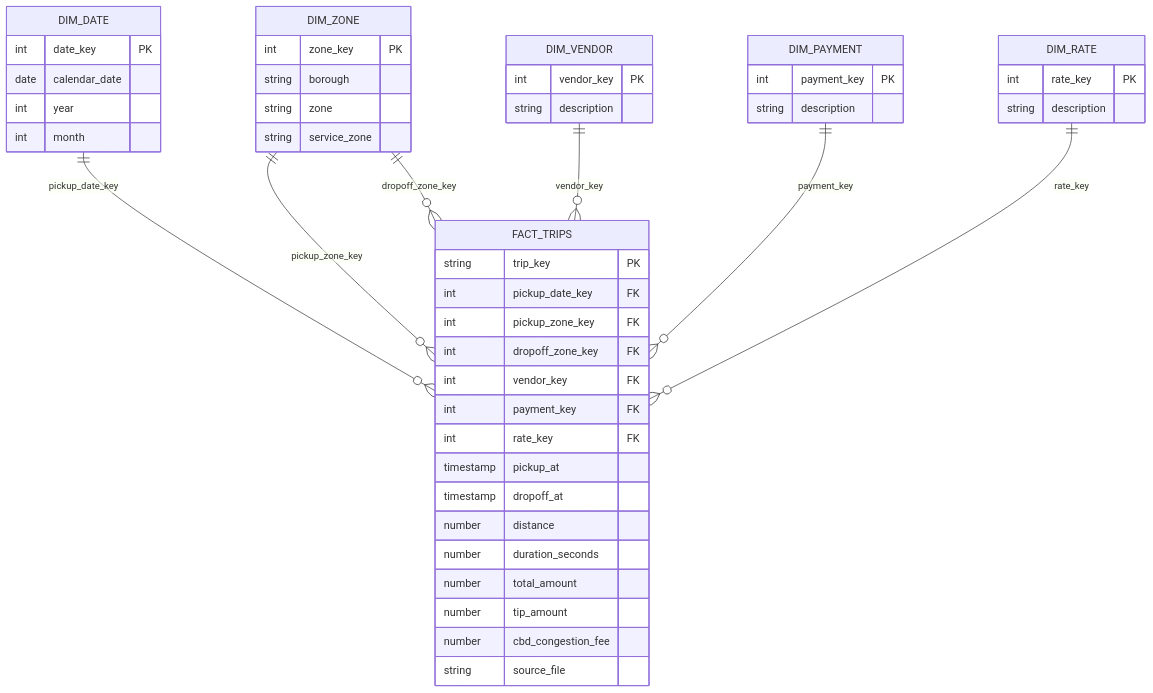
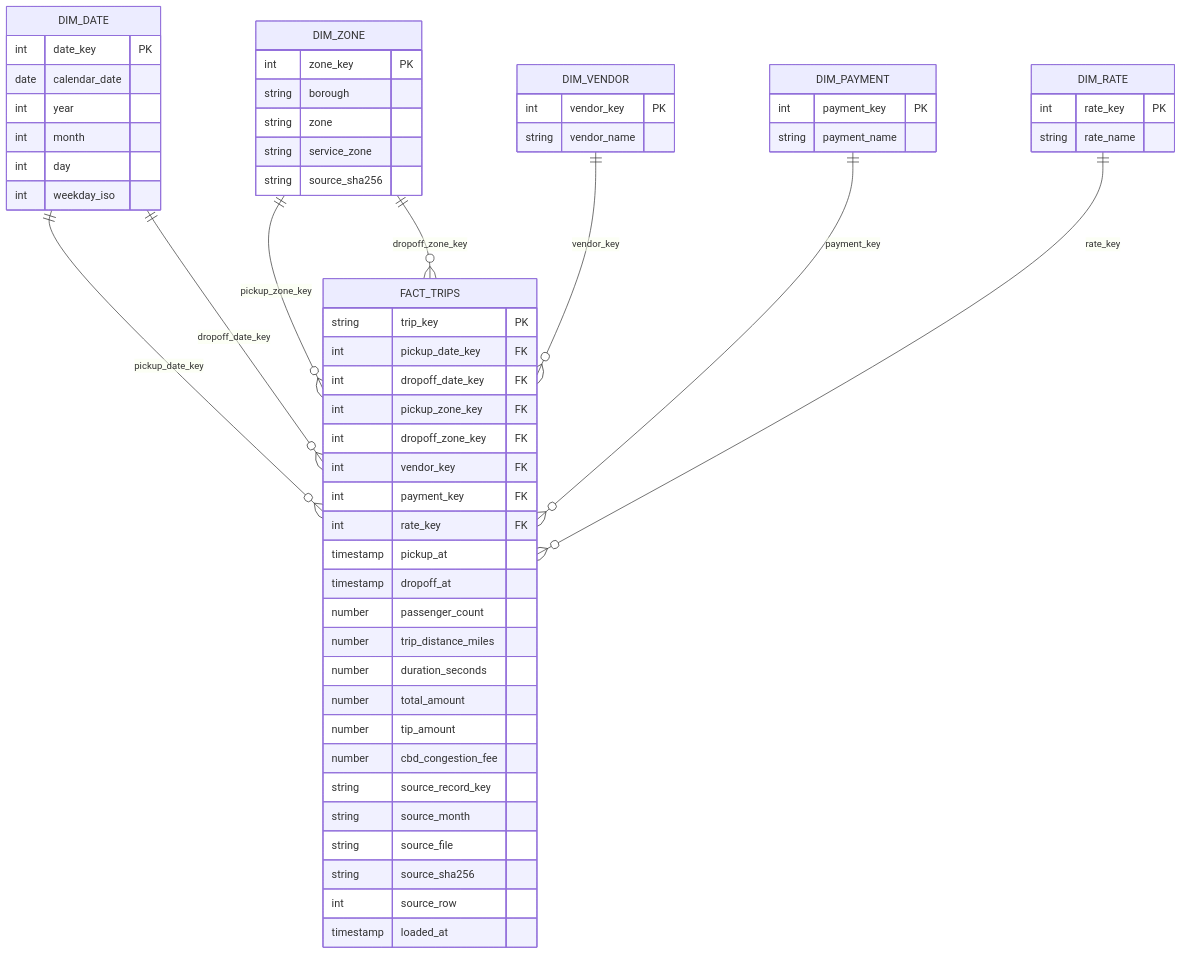
One commit to maateonicolas/ciencia-de-datos changed the diagram in laboratorios/semana-07/nyc-yellow-taxi-elt/diagrams/star-schema.md. Above: the diagram before and after it, drawn with Mermaid. The commit also changed other lines of this file and 55 other files, not shown here.

````diff
--- a/laboratorios/semana-07/nyc-yellow-taxi-elt/diagrams/star-schema.md
+++ b/laboratorios/semana-07/nyc-yellow-taxi-elt/diagrams/star-schema.md
@@ -3,50 +3,61 @@
 ```mermaid
 erDiagram
     DIM_DATE ||--o{ FACT_TRIPS : pickup_date_key
+    DIM_DATE ||--o{ FACT_TRIPS : dropoff_date_key
     DIM_ZONE ||--o{ FACT_TRIPS : pickup_zone_key
     DIM_ZONE ||--o{ FACT_TRIPS : dropoff_zone_key
     DIM_VENDOR ||--o{ FACT_TRIPS : vendor_key
     DIM_PAYMENT ||--o{ FACT_TRIPS : payment_key
     DIM_RATE ||--o{ FACT_TRIPS : rate_key
     FACT_TRIPS {
         string trip_key PK
         int pickup_date_key FK
+        int dropoff_date_key FK
         int pickup_zone_key FK
         int dropoff_zone_key FK
         int vendor_key FK
         int payment_key FK
         int rate_key FK
         timestamp pickup_at
         timestamp dropoff_at
-        number distance
+        number passenger_count
+        number trip_distance_miles
         number duration_seconds
         number total_amount
         number tip_amount
         number cbd_congestion_fee
+        string source_record_key
+        string source_month
         string source_file
+        string source_sha256
+        int source_row
+        timestamp loaded_at
     }
     DIM_DATE {
         int date_key PK
         date calendar_date
         int year
         int month
+        int day
+        int weekday_iso
     }
     DIM_ZONE {
         int zone_key PK
         string borough
         string zone
         string service_zone
+        string source_sha256
     }
     DIM_VENDOR {
         int vendor_key PK
-        string description
+        string vendor_name
     }
     DIM_PAYMENT {
         int payment_key PK
-        string description
+        string payment_name
     }
     DIM_RATE {
         int rate_key PK
-        string description
+        string rate_name
     }
 ```
````
